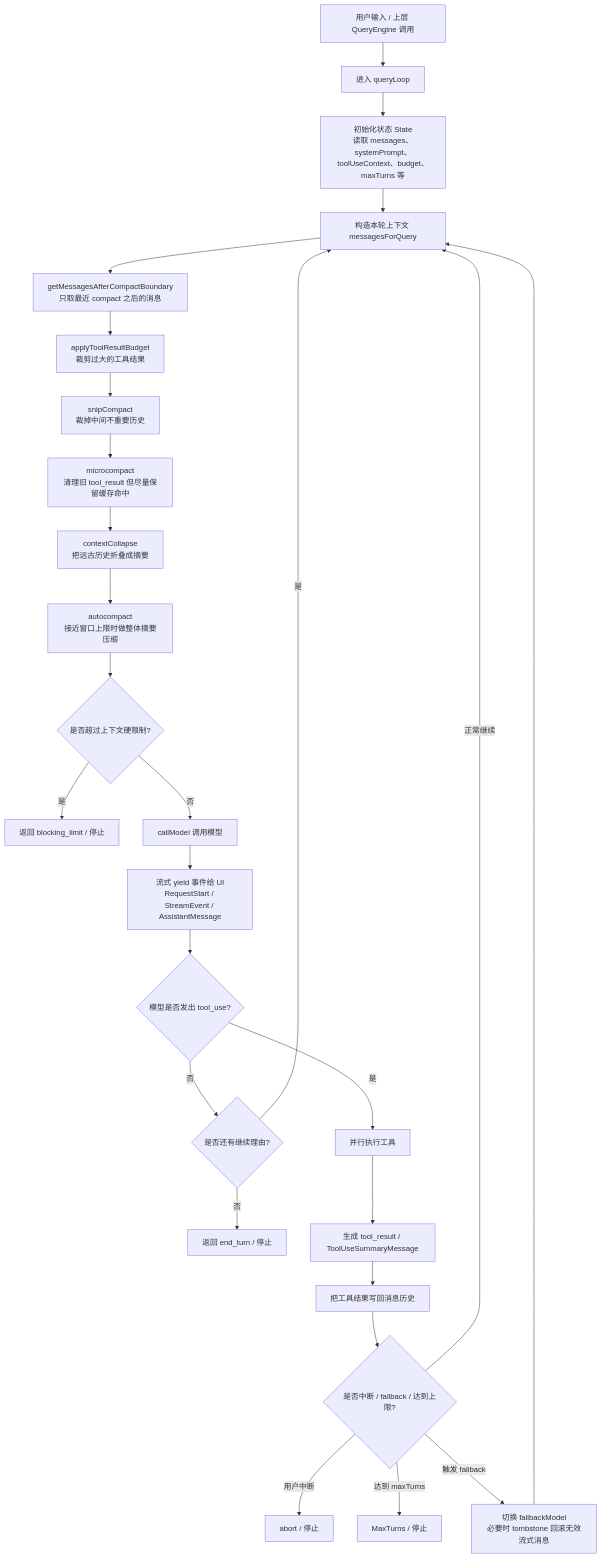
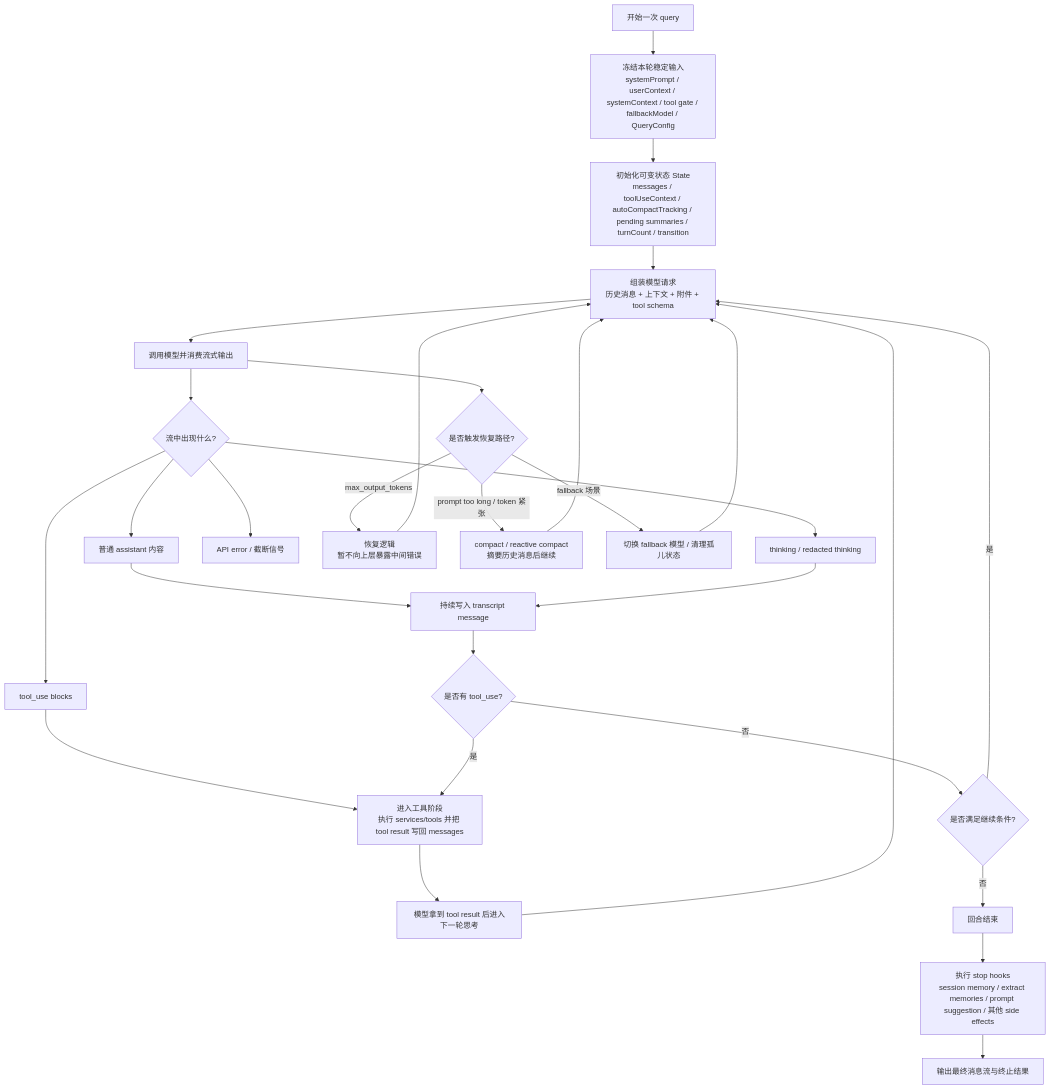
Before and after one commit to pofossette/guidebooks: the diagram in claude-code-learning/queryloop.md, drawn with Mermaid. The commit also changed other lines of this file and 1 other file, not shown here.

````diff
--- a/claude-code-learning/queryloop.md
+++ b/claude-code-learning/queryloop.md
@@ -5,35 +5,40 @@
 ```mermaid
 flowchart TD
-    A[用户输入 / 上层 QueryEngine 调用] --> B[进入 queryLoop]
-    B --> C[初始化状态 State<br/>读取 messages、systemPrompt、toolUseContext、budget、maxTurns 等]
+    A[开始一次 query] --> B[冻结本轮稳定输入<br/>systemPrompt / userContext / systemContext / tool gate / fallbackModel / QueryConfig]
+    B --> C[初始化可变状态 State<br/>messages / toolUseContext / autoCompactTracking / pending summaries / turnCount / transition]
+    C --> D[组装模型请求<br/>历史消息 + 上下文 + 附件 + tool schema]
+    D --> E[调用模型并消费流式输出]
 
-    C --> D[构造本轮上下文 messagesForQuery]
-    D --> D1[getMessagesAfterCompactBoundary<br/>只取最近 compact 之后的消息]
-    D1 --> D2[applyToolResultBudget<br/>裁剪过大的工具结果]
-    D2 --> D3[snipCompact<br/>裁掉中间不重要历史]
-    D3 --> D4[microcompact<br/>清理旧 tool_result 但尽量保留缓存命中]
-    D4 --> D5[contextCollapse<br/>把远古历史折叠成摘要]
-    D5 --> D6[autocompact<br/>接近窗口上限时做整体摘要压缩]
+    E --> F{流中出现什么?}
+    F --> F1[普通 assistant 内容]
+    F --> F2[thinking / redacted thinking]
+    F --> F3[tool_use blocks]
+    F --> F4[API error / 截断信号]
 
-    D6 --> E{是否超过上下文硬限制?}
-    E -- 是 --> Z1[返回 blocking_limit / 停止]
-    E -- 否 --> F[callModel 调用模型]
+    F1 --> G[持续写入 transcript message]
+    F2 --> G
+    G --> H{是否有 tool_use?}
 
-    F --> G[流式 yield 事件给 UI<br/>RequestStart / StreamEvent / AssistantMessage]
-    G --> H{模型是否发出 tool_use?}
+    F3 --> I[进入工具阶段<br/>执行 services/tools 并把 tool result 写回 messages]
+    I --> J[模型拿到 tool result 后进入下一轮思考]
+    J --> D
 
-    H -- 否 --> I{是否还有继续理由?}
-    I -- 否 --> Z2[返回 end_turn / 停止]
-    I -- 是 --> D
+    H -- 否 --> K{是否满足继续条件?}
+    H -- 是 --> I
 
-    H -- 是 --> J[并行执行工具]
-    J --> K[生成 tool_result / ToolUseSummaryMessage]
-    K --> L[把工具结果写回消息历史]
-    L --> M{是否中断 / fallback / 达到上限?}
+    K -- 是 --> D
+    K -- 否 --> L[回合结束]
 
-    M -- 用户中断 --> Z3[abort / 停止]
-    M -- 达到 maxTurns --> Z4[MaxTurns / 停止]
-    M -- 触发 fallback --> N[切换 fallbackModel<br/>必要时 tombstone 回滚无效流式消息]
-    N --> D
-    M -- 正常继续 --> D
+    E --> M{是否触发恢复路径?}
+    M -- max_output_tokens --> M1[恢复逻辑<br/>暂不向上层暴露中间错误]
+    M1 --> D
+
+    M -- prompt too long / token 紧张 --> M2[compact / reactive compact<br/>摘要历史消息后继续]
+    M2 --> D
+
+    M -- fallback 场景 --> M3[切换 fallback 模型 / 清理孤儿状态]
+    M3 --> D
+
+    L --> N[执行 stop hooks<br/>session memory / extract memories / prompt suggestion / 其他 side effects]
+    N --> O[输出最终消息流与终止结果]
 ```
````
